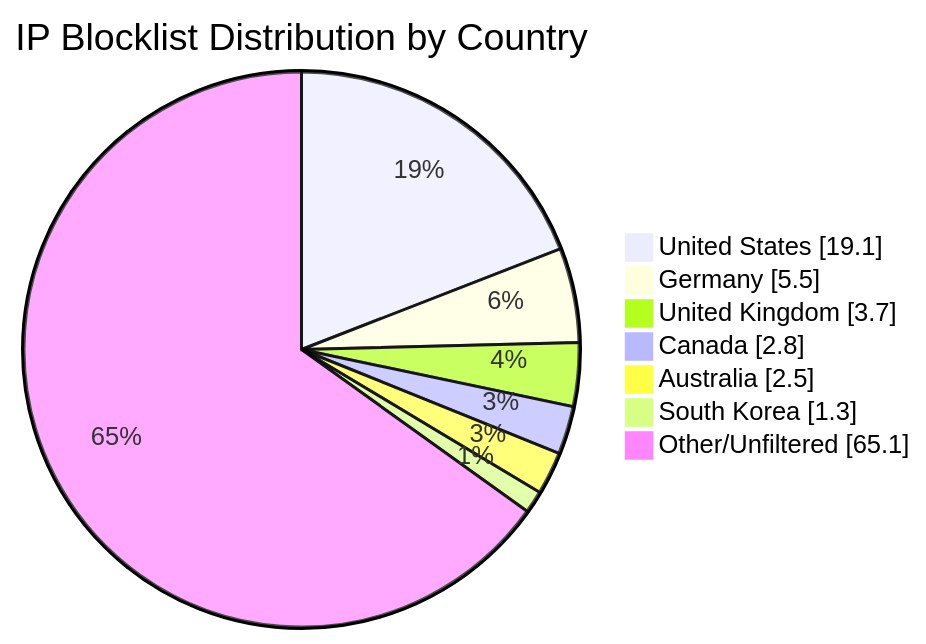
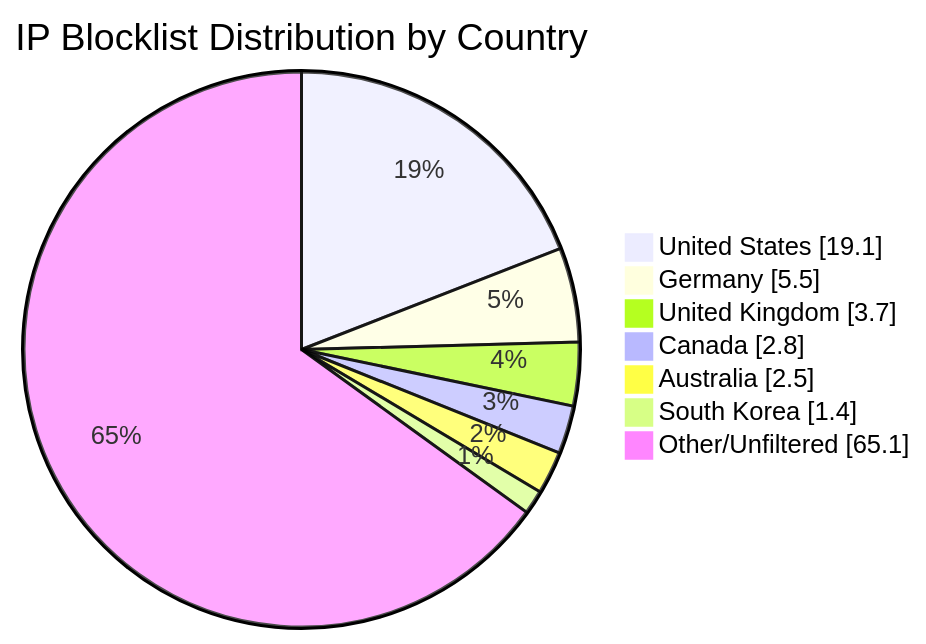
Before and after one commit to MarcusHoltz/ipblocklist-geofiltered-aggregator: the diagram in README.md, drawn with Mermaid. The commit also changed other lines of this file and 9 other files, not shown here.

````diff
--- a/README.md
+++ b/README.md
@@ -34,10 +34,10 @@
 ```mermaid
 pie showData title IP Blocklist Distribution by Country
 "United States" : 19.1
 "Germany" : 5.5
 "United Kingdom" : 3.7
 "Canada" : 2.8
 "Australia" : 2.5
-"South Korea" : 1.3
+"South Korea" : 1.4
 "Other/Unfiltered" : 65.1
 ```
````
